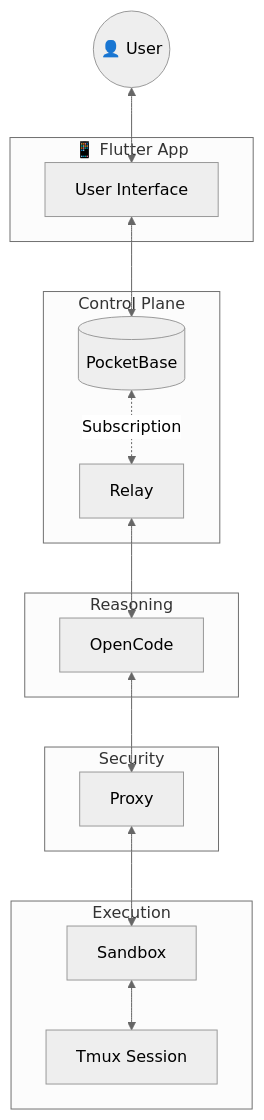
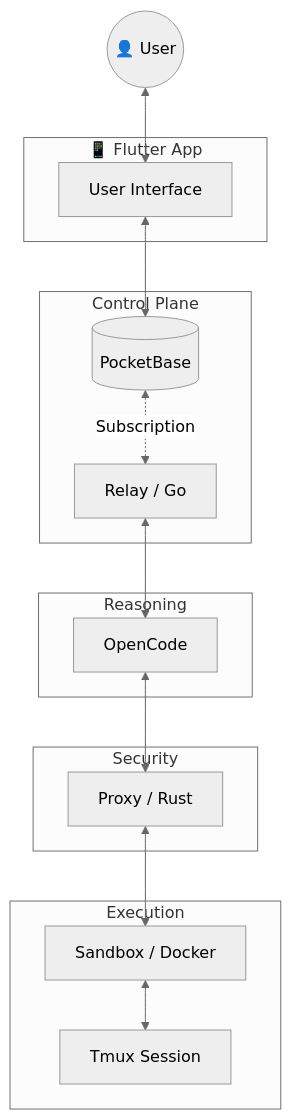
One commit to qtpi-bonding-org/pocketcoder changed the diagram in README.md. Above: the diagram before and after it, drawn with Mermaid (neutral theme). The commit also changed other lines of this file and 1 other file, not shown here.

First line of the commit message:
docs: modernize architecture guides and automate sovereign stats

````diff
--- a/README.md
+++ b/README.md
@@ -49,36 +57,36 @@
 ```mermaid
 graph TD
     User((👤 User))
     subgraph Client ["📱 Flutter App"]
         UI[User Interface]
     end
 
     subgraph ControlPlane ["Control Plane"]
         PB[(PocketBase)]
-        Relay[Relay]
+        Relay[Relay / Go]
     end
 
     subgraph Reasoning ["Reasoning"]
         OC[OpenCode]
     end
 
     subgraph Security ["Security"]
-        Proxy[Proxy]
+        Proxy[Proxy / Rust]
     end
 
     subgraph Execution ["Execution"]
-        SB[Sandbox]
+        SB[Sandbox / Docker]
         Tmux[Tmux Session]
     end
 
     %% Flows
     User <--> UI
     UI <--> PB
     
     PB <-. Subscription .-> Relay
     Relay <--> OC
     
     OC <--> Proxy
     Proxy <--> SB
     SB <--> Tmux
 ```
````
